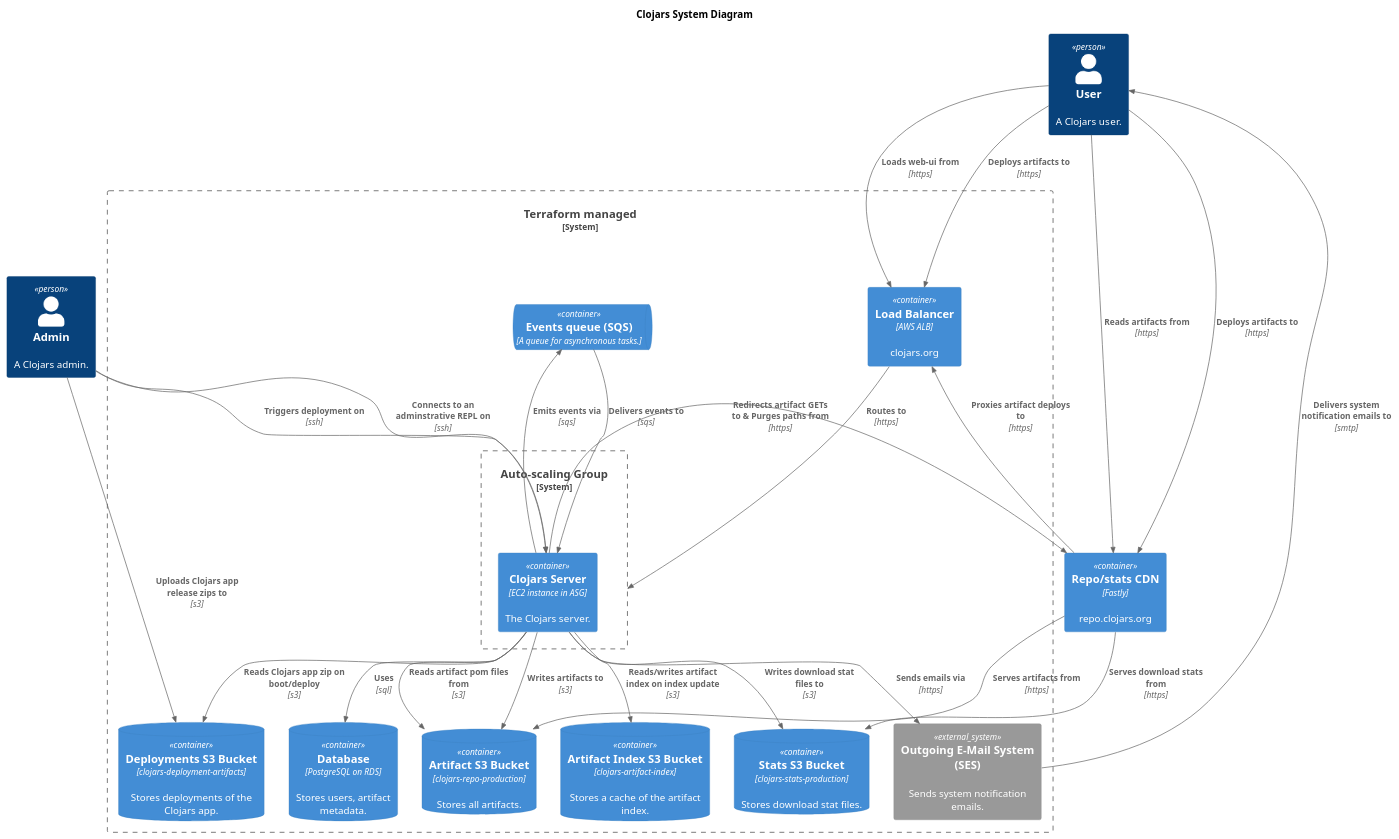
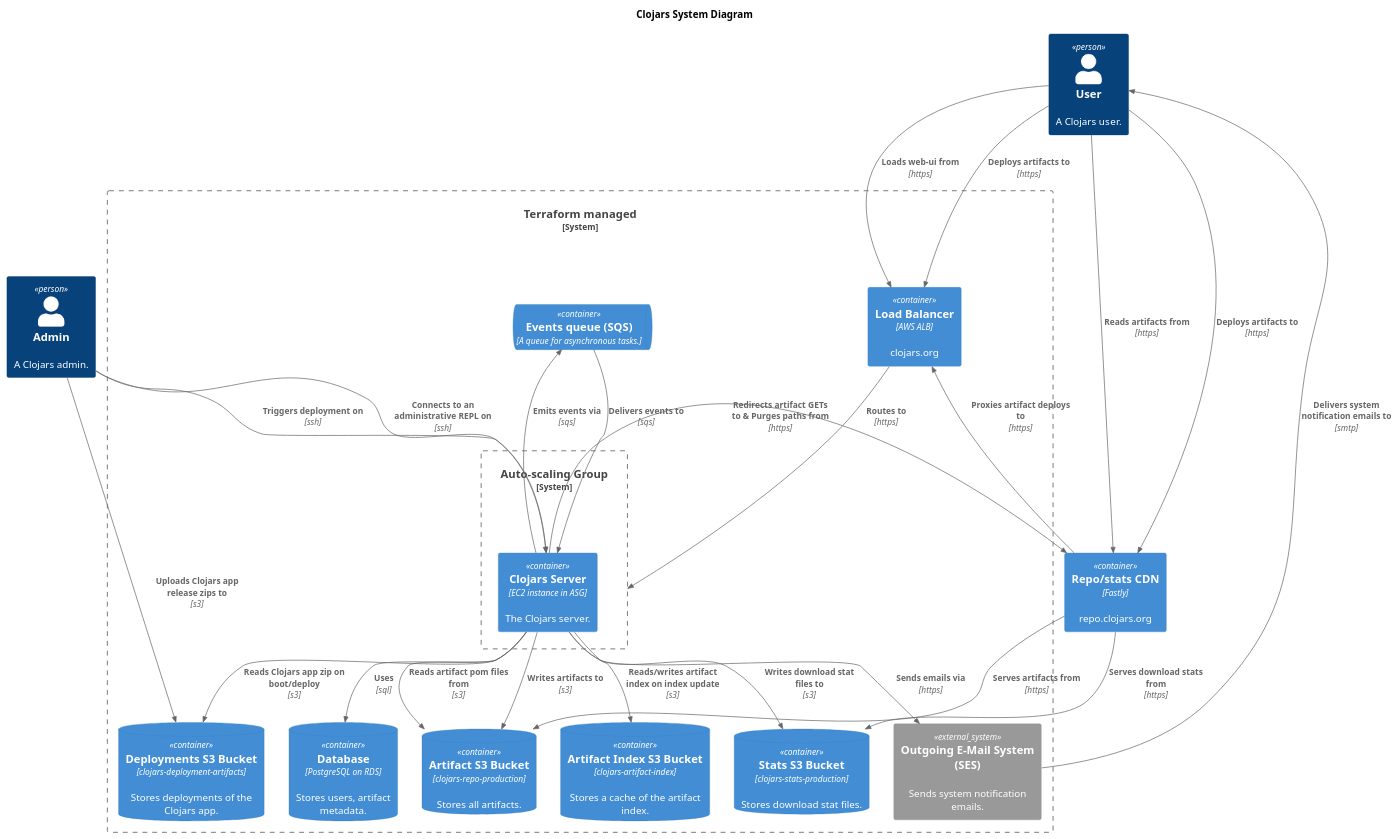
One commit to clojars/infrastructure changed the diagram in system_diagram.puml. Above: the diagram before and after it, drawn with PlantUML. The commit also changed 2 other files, not shown here.

```diff
--- a/system_diagram.puml
+++ b/system_diagram.puml
@@ -1,56 +1,56 @@
 @startuml system_diagram
 !includeurl https://raw.githubusercontent.com/plantuml-stdlib/C4-PlantUML/master/C4_Container.puml
 
 title Clojars System Diagram
 
 Person(admin, "Admin", "A Clojars admin.")
 Person(user, "User", "A Clojars user.")
 
 System_Boundary(terraform, "Terraform managed") {
   Container(lb, "Load Balancer", "AWS ALB", "clojars.org")
 
 System_Boundary(asg, "Auto-scaling Group") {
     Container(instance, "Clojars Server", "EC2 instance in ASG", "The Clojars server.")
   }
   
   ContainerDb(database, "Database", "PostgreSQL on RDS", "Stores users, artifact metadata.")
   ContainerDb(repo_bucket, "Artifact S3 Bucket", "clojars-repo-production", "Stores all artifacts.")
   ContainerDb(stats_bucket, "Stats S3 Bucket", "clojars-stats-production", "Stores download stat files.")
   ContainerDb(artifact_index_bucket, "Artifact Index S3 Bucket", "clojars-artifact-index", "Stores a cache of the artifact index.")
   ContainerDb(deployments_bucket, "Deployments S3 Bucket", "clojars-deployment-artifacts", "Stores deployments of the Clojars app.")
 
   ContainerQueue(sqs, "Events queue (SQS)", "A queue for asynchronous tasks.")
 
   System_Ext(ses, "Outgoing E-Mail System (SES)", "Sends system notification emails.")
 }
 
 Container(fastly, "Repo/stats CDN", "Fastly", "repo.clojars.org")
 
 Rel(admin, deployments_bucket, "Uploads Clojars app release zips to", "s3")
 Rel(admin, instance, "Triggers deployment on", "ssh")
-Rel(admin, instance, "Connects to an adminstrative REPL on", "ssh")
+Rel(admin, instance, "Connects to an administrative REPL on", "ssh")
 
 Rel(user, lb, "Loads web-ui from", "https")
 Rel(user, lb, "Deploys artifacts to", "https")
 Rel(user, fastly, "Reads artifacts from", "https")
 Rel(user, fastly, "Deploys artifacts to", "https")
 
 Rel(lb, asg, "Routes to", "https")
 
 Rel(instance, database, "Uses", "sql")
 Rel(instance, repo_bucket, "Writes artifacts to", "s3")
 Rel(instance, repo_bucket, "Reads artifact pom files from", "s3")
 Rel(instance, stats_bucket, "Writes download stat files to", "s3")
 Rel(instance, fastly, "Redirects artifact GETs to & Purges paths from", "https")
 Rel(instance, ses, "Sends emails via", "https")
 Rel(instance, sqs, "Emits events via", "sqs")
 Rel(instance, artifact_index_bucket, "Reads/writes artifact index on index update", "s3")
 Rel(instance, deployments_bucket, "Reads Clojars app zip on boot/deploy", "s3")
 
 Rel(ses, user, "Delivers system notification emails to", "smtp")
 Rel(sqs, instance, "Delivers events to", "sqs")
 
 Rel(fastly, repo_bucket, "Serves artifacts from", "https")
 Rel(fastly, stats_bucket, "Serves download stats from", "https")
 Rel(fastly, lb, "Proxies artifact deploys to", "https")
 @enduml
```
